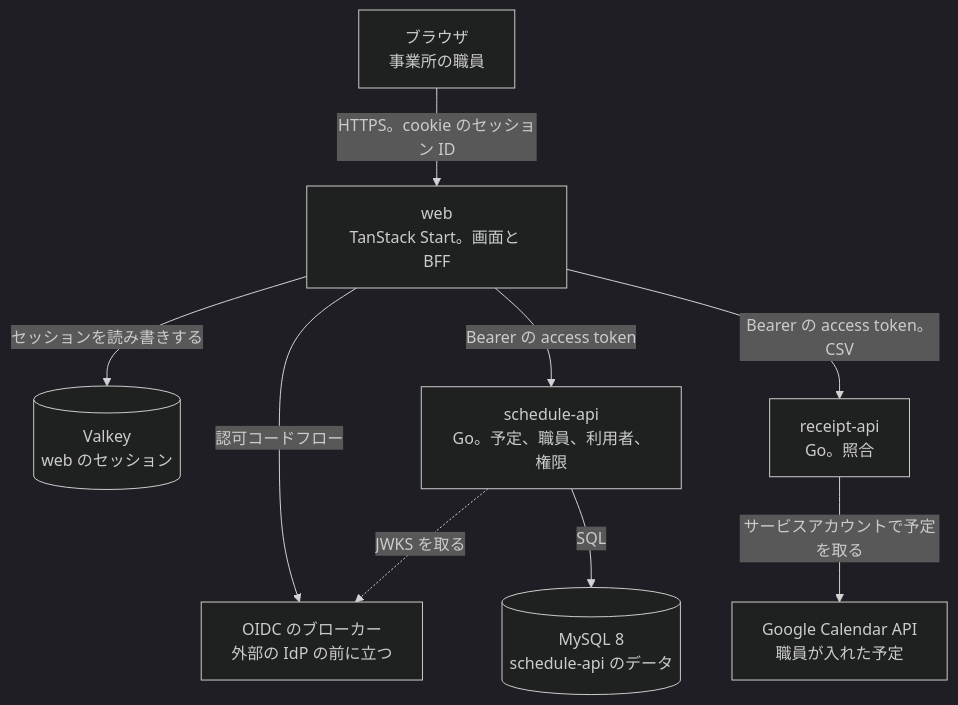
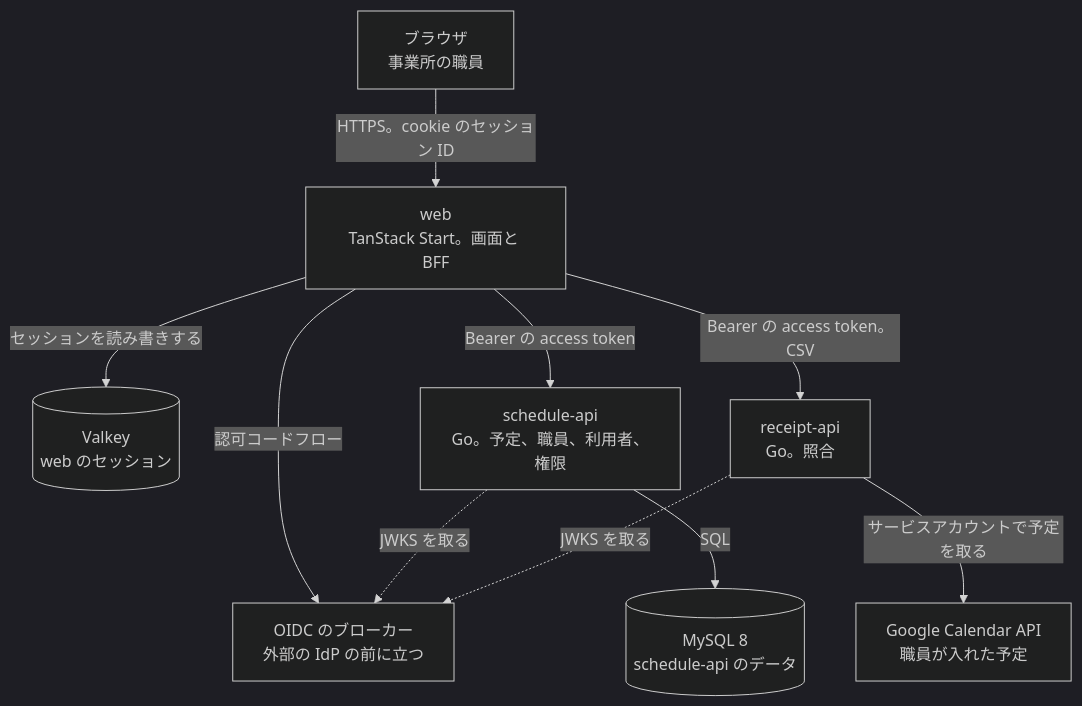
Before and after one commit to Fukuemon/buddy: the diagram in docs/design/DesignDoc.md, drawn with Mermaid (dark theme). The commit also changed other lines of this file and 24 other files, not shown here.

````diff
--- a/docs/design/DesignDoc.md
+++ b/docs/design/DesignDoc.md
@@ -46,20 +46,21 @@
 ```mermaid
 flowchart TB
   browser["ブラウザ<br/>事業所の職員"]
   web["web<br/>TanStack Start。画面と BFF"]
   valkey[("Valkey<br/>web のセッション")]
   broker["OIDC のブローカー<br/>外部の IdP の前に立つ"]
   schedule["schedule-api<br/>Go。予定、職員、利用者、権限"]
   receipt["receipt-api<br/>Go。照合"]
   mysql[("MySQL 8<br/>schedule-api のデータ")]
   gcal["Google Calendar API<br/>職員が入れた予定"]
 
   browser -- "HTTPS。cookie のセッション ID" --> web
   web -- "認可コードフロー" --> broker
   web -- "セッションを読み書きする" --> valkey
   web -- "Bearer の access token" --> schedule
   web -- "Bearer の access token。CSV" --> receipt
   receipt -- "サービスアカウントで予定を取る" --> gcal
   schedule -- "SQL" --> mysql
   schedule -. "JWKS を取る" .-> broker
+  receipt -. "JWKS を取る" .-> broker
 ```
````
